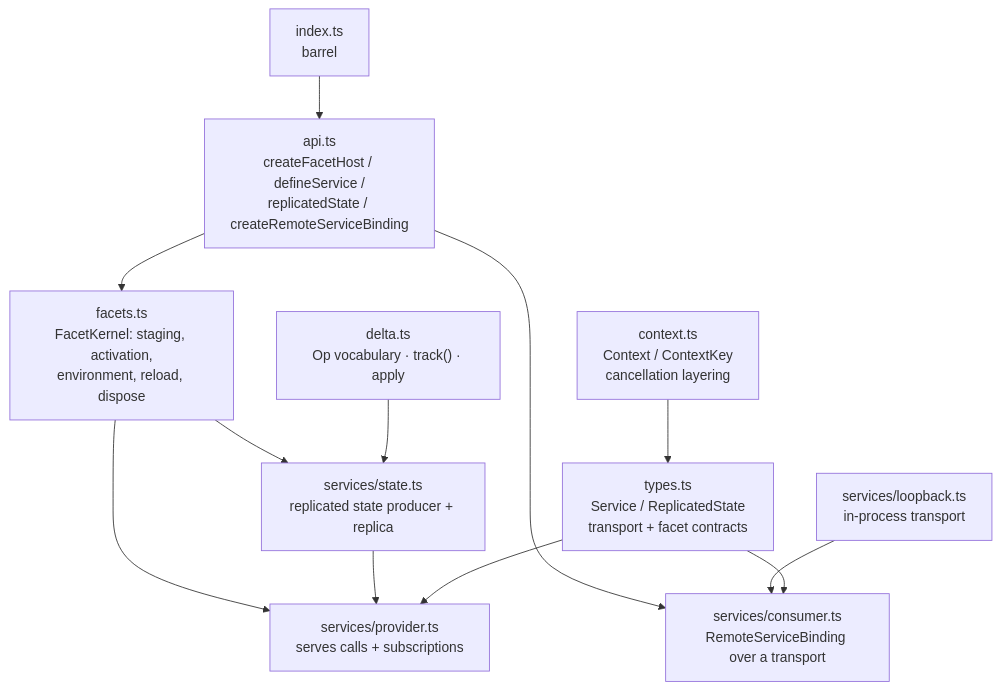
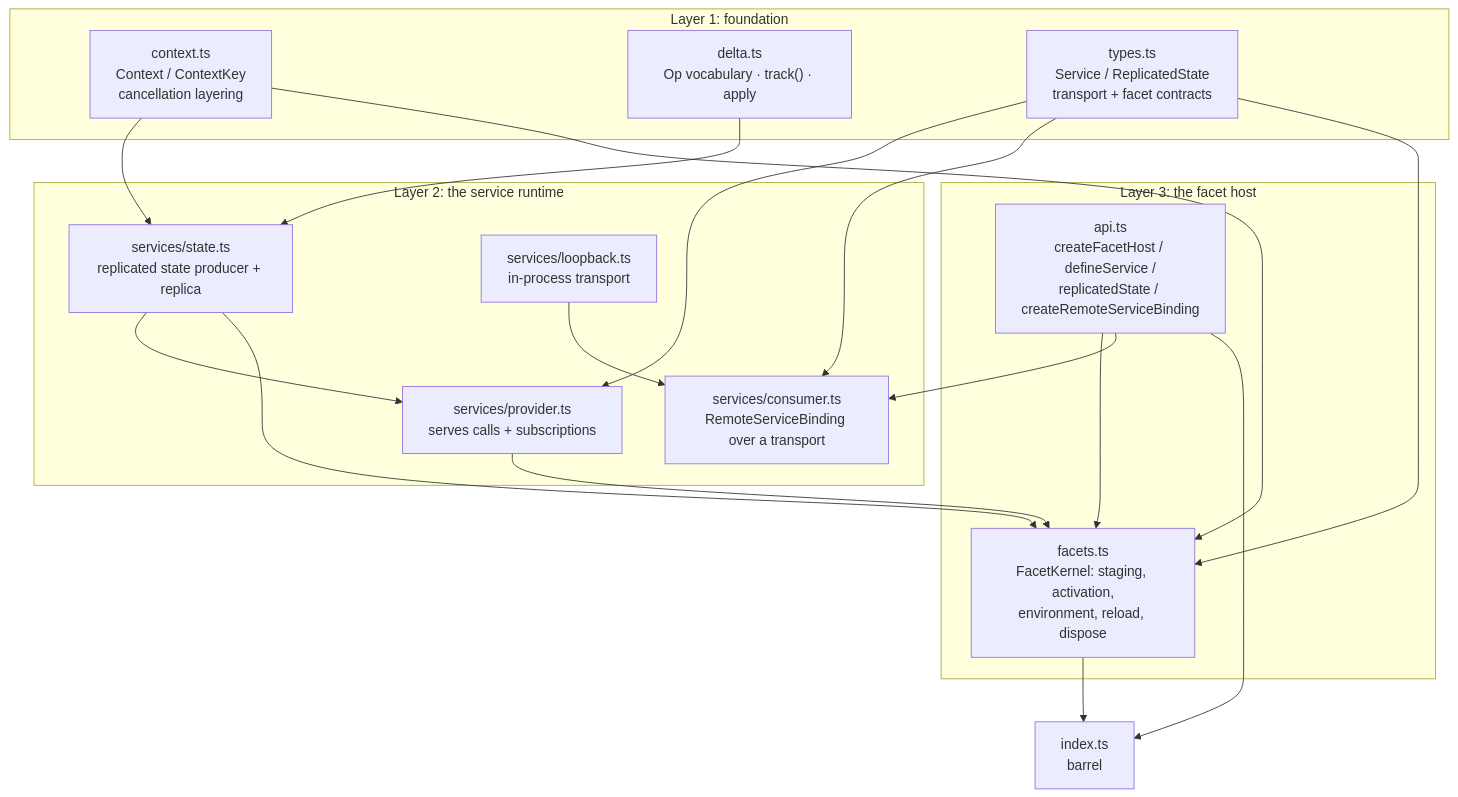
One commit to dgxRL/pi changed the diagram in reduced/chord/doc/src-overview.md. Above: the diagram before and after it, drawn with Mermaid. The commit also changed 25 other files, not shown here.

````diff
--- a/reduced/chord/doc/src-overview.md
+++ b/reduced/chord/doc/src-overview.md
@@ -7,14 +7,34 @@
 ```mermaid
 flowchart TD
-    CTX["context.ts<br/>Context / ContextKey<br/>cancellation layering"] --> T["types.ts<br/>Service / ReplicatedState<br/>transport + facet contracts"]
-    D["delta.ts<br/>Op vocabulary · track() · apply"] --> ST["services/state.ts<br/>replicated state producer + replica"]
-    T --> P["services/provider.ts<br/>serves calls + subscriptions"]
-    T --> C["services/consumer.ts<br/>RemoteServiceBinding over a transport"]
+    subgraph L1["Layer 1: foundation"]
+        CTX["context.ts<br/>Context / ContextKey<br/>cancellation layering"]
+        D["delta.ts<br/>Op vocabulary · track() · apply"]
+        T["types.ts<br/>Service / ReplicatedState<br/>transport + facet contracts"]
+    end
+    subgraph L2["Layer 2: the service runtime"]
+        ST["services/state.ts<br/>replicated state producer + replica"]
+        P["services/provider.ts<br/>serves calls + subscriptions"]
+        C["services/consumer.ts<br/>RemoteServiceBinding over a transport"]
+        LB["services/loopback.ts<br/>in-process transport"]
+    end
+    subgraph L3["Layer 3: the facet host"]
+        F["facets.ts<br/>FacetKernel: staging, activation,<br/>environment, reload, dispose"]
+        A["api.ts<br/>createFacetHost / defineService /<br/>replicatedState / createRemoteServiceBinding"]
+    end
+    I["index.ts<br/>barrel"]
+
+    CTX --> ST
+    D --> ST
+    T --> P
+    T --> C
     ST --> P
-    LB["services/loopback.ts<br/>in-process transport"] --> C
-    F["facets.ts<br/>FacetKernel: staging, activation,<br/>environment, reload, dispose"] --> P
-    F --> ST
-    A["api.ts<br/>createFacetHost / defineService /<br/>replicatedState / createRemoteServiceBinding"] --> F
+    LB --> C
+    CTX --> F
+    T --> F
+    ST --> F
+    P --> F
+    A --> F
     A --> C
-    I["index.ts<br/>barrel"] --> A
+    F --> I
+    A --> I
 ```
````
